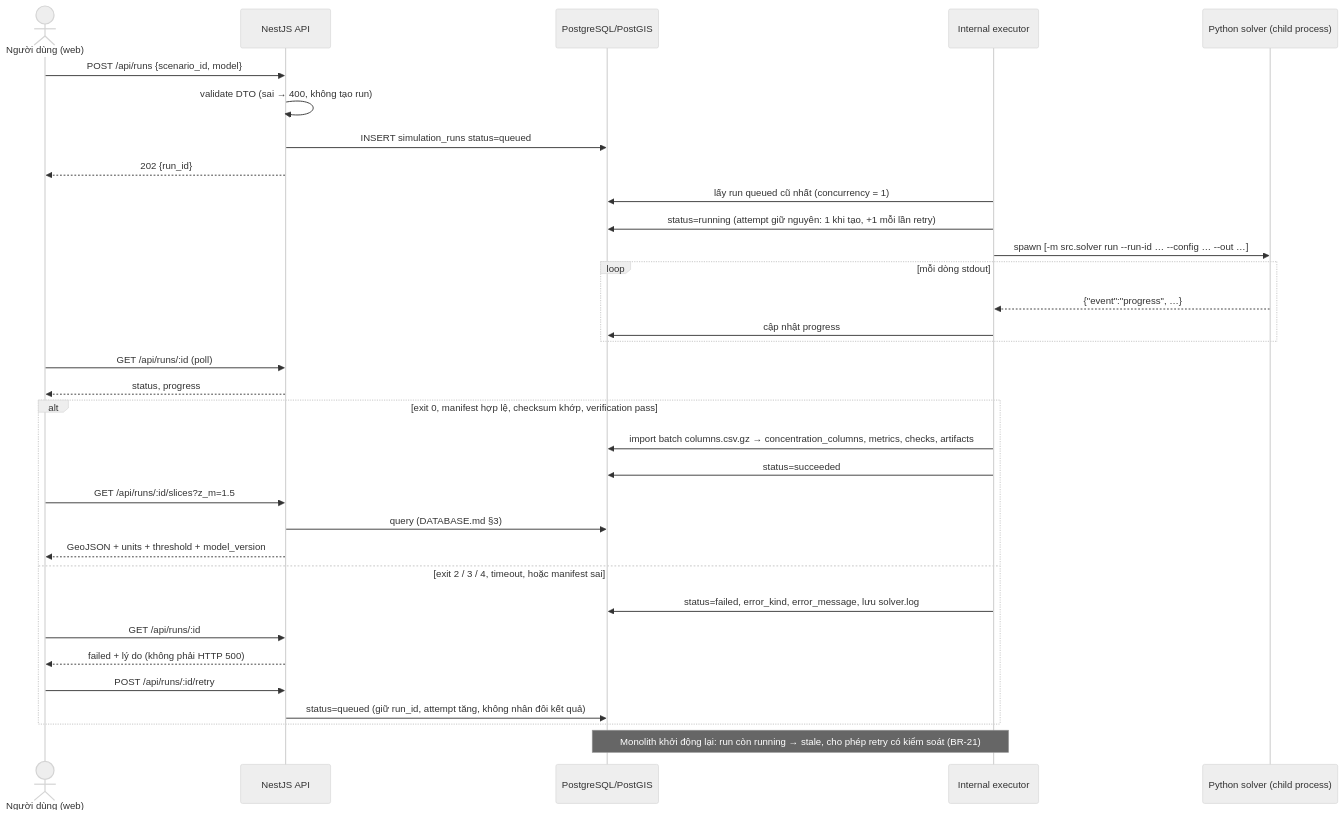
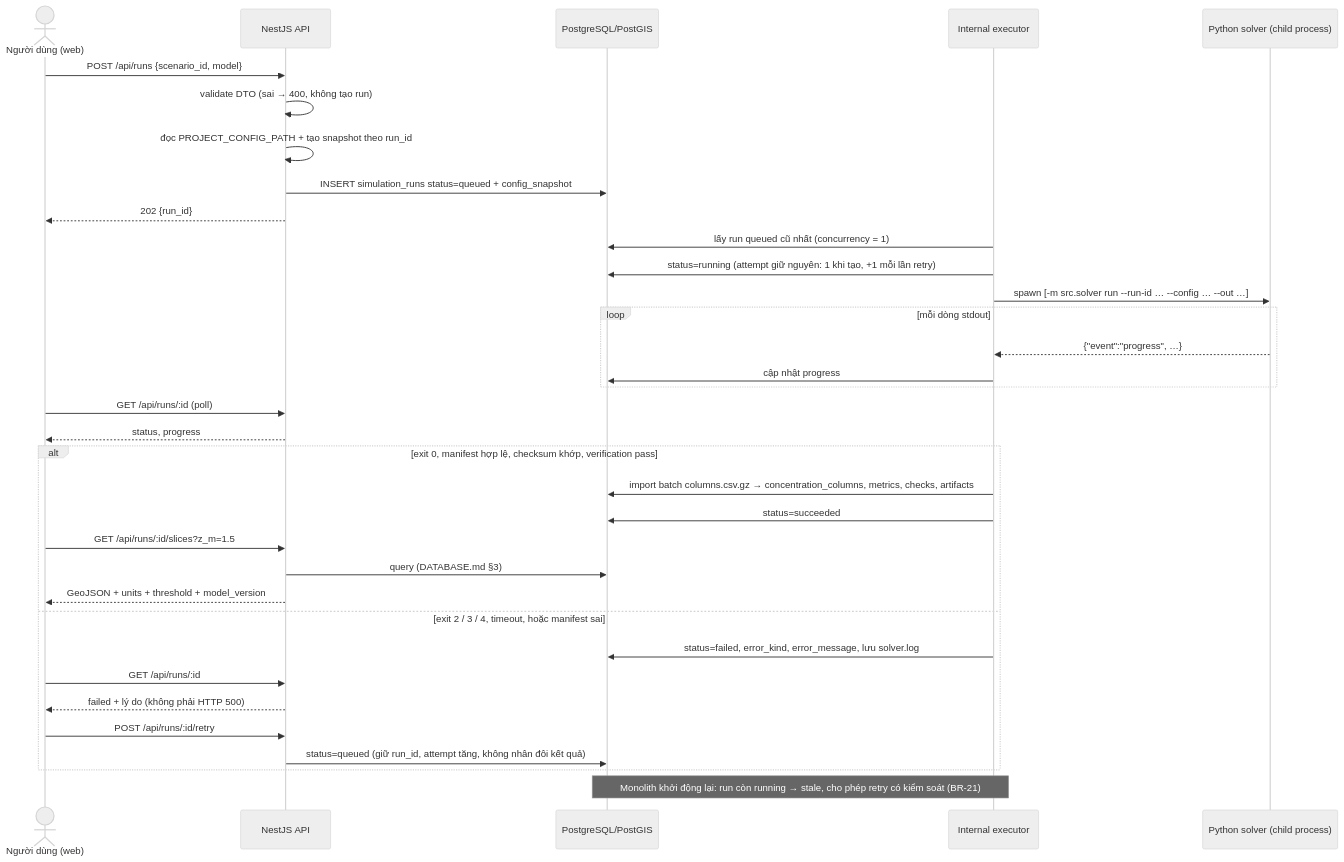
The second of 2 diagrams in docs/ARCHITECTURE.md (TamNgx179/IE402_Voxel-air-dispersion), drawn with Mermaid (neutral theme) before and after one commit. The commit also changed other lines of this file and 56 other files, not shown here.

````diff
--- a/docs/ARCHITECTURE.md
+++ b/docs/ARCHITECTURE.md
@@ -89,36 +95,37 @@
 ```mermaid
 sequenceDiagram
     actor U as Người dùng (web)
     participant API as NestJS API
     participant DB as PostgreSQL/PostGIS
     participant EX as Internal executor
     participant PY as Python solver (child process)
 
     U->>API: POST /api/runs {scenario_id, model}
     API->>API: validate DTO (sai → 400, không tạo run)
-    API->>DB: INSERT simulation_runs status=queued
+    API->>API: đọc PROJECT_CONFIG_PATH + tạo snapshot theo run_id
+    API->>DB: INSERT simulation_runs status=queued + config_snapshot
     API-->>U: 202 {run_id}
     EX->>DB: lấy run queued cũ nhất (concurrency = 1)
     EX->>DB: status=running (attempt giữ nguyên: 1 khi tạo, +1 mỗi lần retry)
     EX->>PY: spawn [-m src.solver run --run-id … --config … --out …]
     loop mỗi dòng stdout
         PY-->>EX: {"event":"progress", …}
         EX->>DB: cập nhật progress
     end
     U->>API: GET /api/runs/:id (poll)
     API-->>U: status, progress
     alt exit 0, manifest hợp lệ, checksum khớp, verification pass
         EX->>DB: import batch columns.csv.gz → concentration_columns, metrics, checks, artifacts
         EX->>DB: status=succeeded
         U->>API: GET /api/runs/:id/slices?z_m=1.5
         API->>DB: query (DATABASE.md §3)
         API-->>U: GeoJSON + units + threshold + model_version
     else exit 2 / 3 / 4, timeout, hoặc manifest sai
         EX->>DB: status=failed, error_kind, error_message, lưu solver.log
         U->>API: GET /api/runs/:id
         API-->>U: failed + lý do (không phải HTTP 500)
         U->>API: POST /api/runs/:id/retry
         API->>DB: status=queued (giữ run_id, attempt tăng, không nhân đôi kết quả)
     end
     Note over EX,DB: Monolith khởi động lại: run còn running → stale, cho phép retry có kiểm soát (BR-21)
 ```
````
